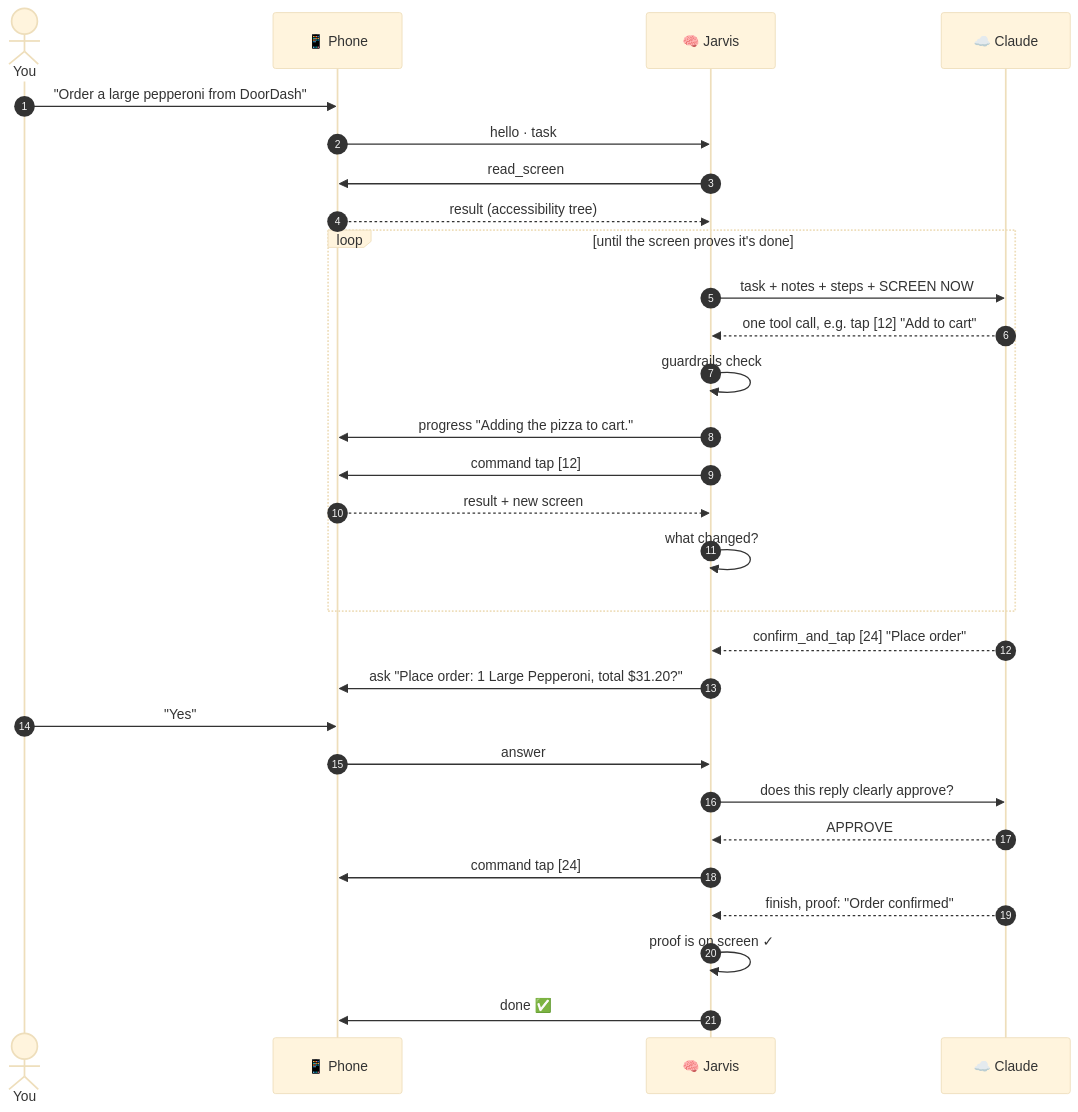
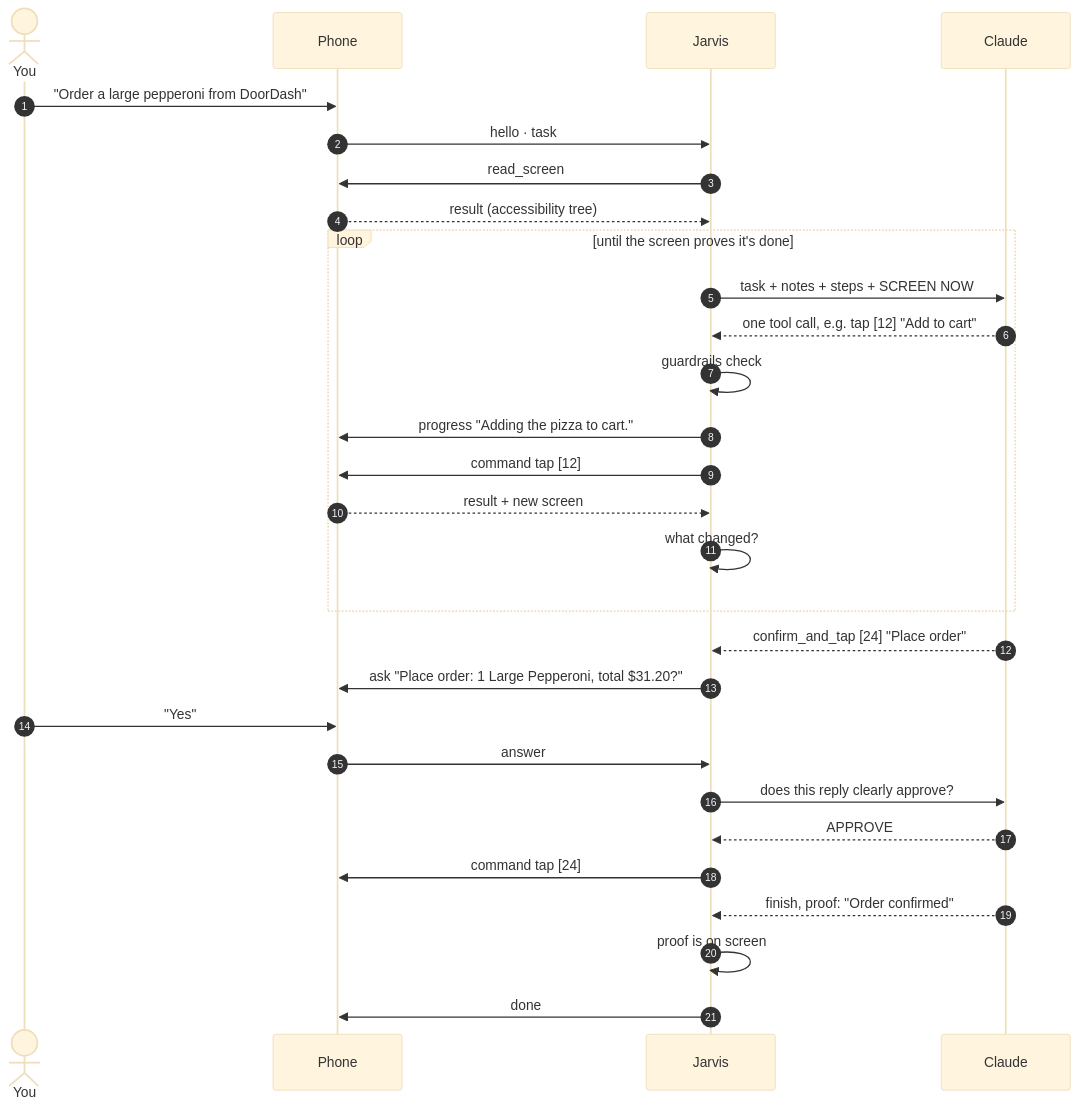
The diagram in README.md (akash-ravi/AQUA), drawn with Mermaid (base theme) before and after one commit. The commit also changed other lines of this file and 1 other file, not shown here.

````diff
--- a/README.md
+++ b/README.md
@@ -258,32 +258,32 @@
 ```mermaid
 sequenceDiagram
     autonumber
     actor U as You
-    participant P as 📱 Phone
-    participant J as 🧠 Jarvis
-    participant C as ☁️ Claude
+    participant P as Phone
+    participant J as Jarvis
+    participant C as Claude
 
     U->>P: "Order a large pepperoni from DoorDash"
     P->>J: hello · task
     J->>P: read_screen
     P-->>J: result (accessibility tree)
     loop until the screen proves it's done
         J->>C: task + notes + steps + SCREEN NOW
         C-->>J: one tool call, e.g. tap [12] "Add to cart"
         J->>J: guardrails check
         J->>P: progress "Adding the pizza to cart."
         J->>P: command tap [12]
         P-->>J: result + new screen
         J->>J: what changed?
     end
     C-->>J: confirm_and_tap [24] "Place order"
     J->>P: ask "Place order: 1 Large Pepperoni, total $31.20?"
     U->>P: "Yes"
     P->>J: answer
     J->>C: does this reply clearly approve?
     C-->>J: APPROVE
     J->>P: command tap [24]
     C-->>J: finish, proof: "Order confirmed"
-    J->>J: proof is on screen ✓
-    J->>P: done ✅
+    J->>J: proof is on screen
+    J->>P: done
 ```
````
